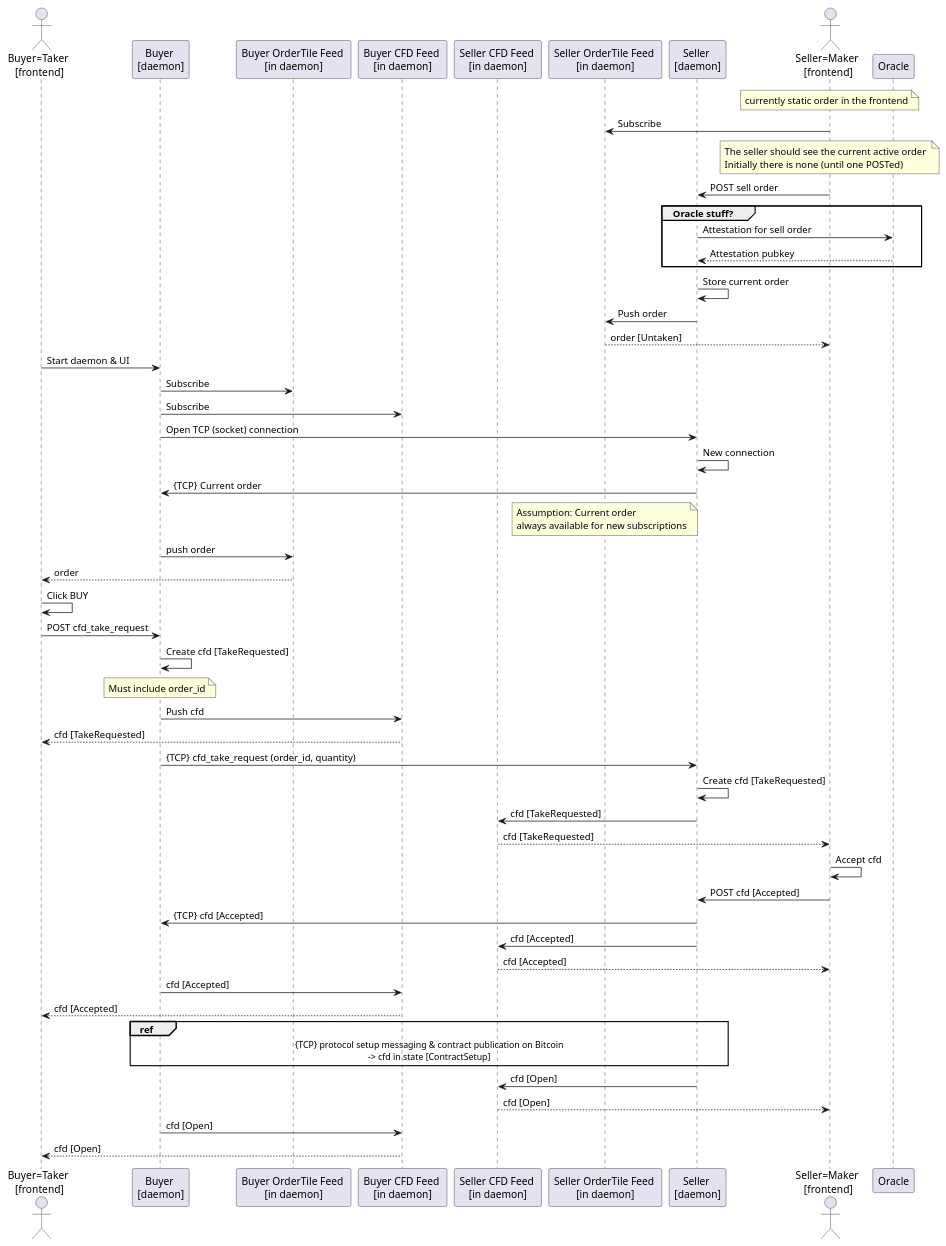
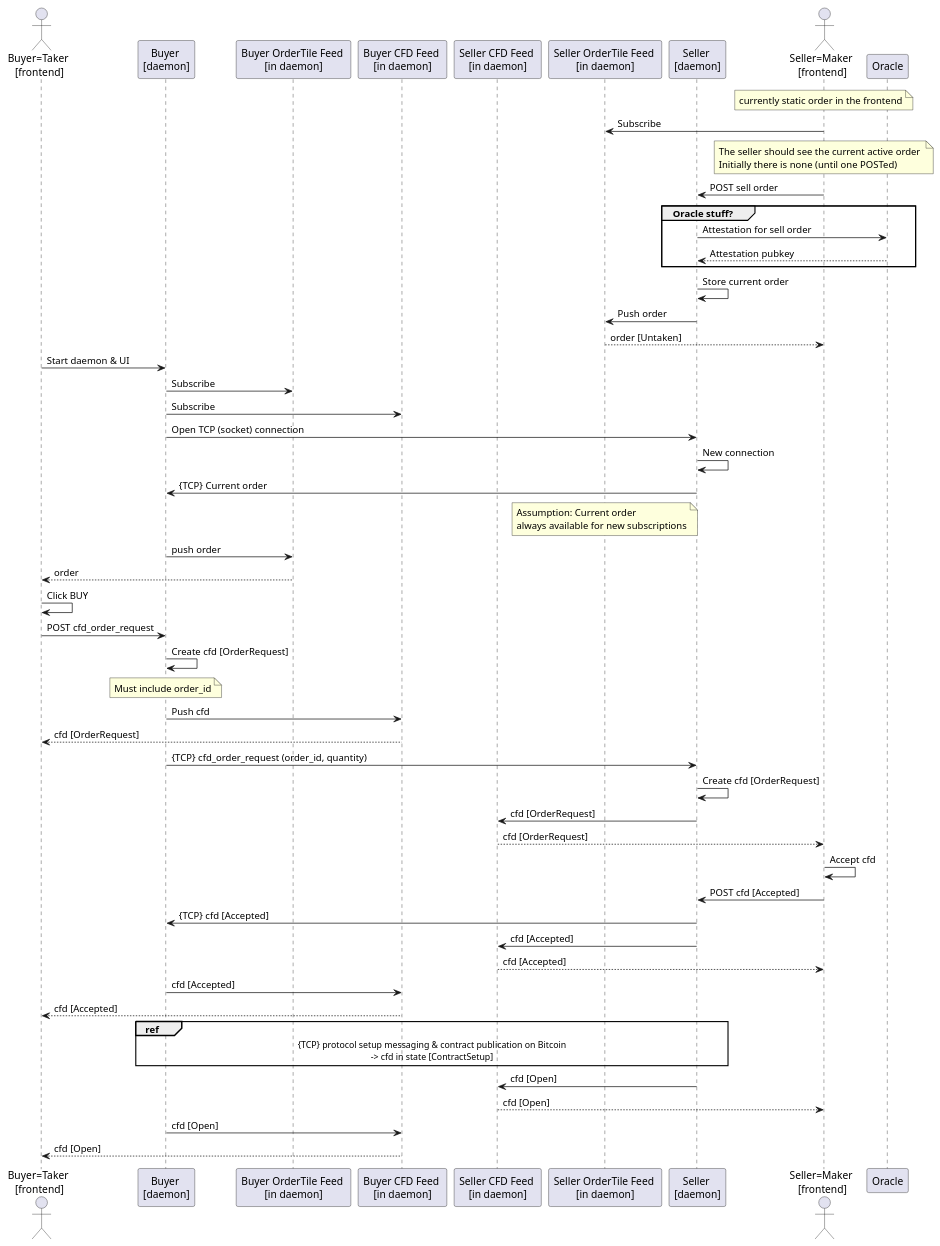
One commit to get10101/itchysats changed the diagram in docs/asset/mvp_maker_taker_messaging.puml. Above: the diagram before and after it, drawn with PlantUML. The commit also changed 6 other files, not shown here.

Commit message:
Rename TakeRequest to Order

```diff
--- a/docs/asset/mvp_maker_taker_messaging.puml
+++ b/docs/asset/mvp_maker_taker_messaging.puml
@@ -1,67 +1,67 @@
 @startuml
 
 actor "Buyer=Taker \n[frontend]" as Buyer
 participant "Buyer \n[daemon]" as BuyerApp
 participant "Buyer OrderTile Feed \n[in daemon]" as BuyerOrderFeed
 participant "Buyer CFD Feed \n[in daemon]" as BuyerCfdFeed
 participant "Seller CFD Feed \n[in daemon]" as SellerCfdFeed
 participant "Seller OrderTile Feed \n[in daemon]" as SellerOrderFeed
 participant "Seller \n[daemon]" as SellerApp
 actor "Seller=Maker \n[frontend]" as Seller
 participant Oracle as Oracle
 
 note over Seller : currently static order in the frontend
 Seller -> SellerOrderFeed: Subscribe
 note over Seller: The seller should see the current active order \nInitially there is none (until one POSTed)
 Seller -> SellerApp: POST sell order
 
 group Oracle stuff?
 SellerApp -> Oracle: Attestation for sell order
 Oracle --> SellerApp: Attestation pubkey
 end group
 
 SellerApp -> SellerApp: Store current order
 SellerApp -> SellerOrderFeed: Push order
 SellerOrderFeed --> Seller: order [Untaken]
 
 Buyer -> BuyerApp: Start daemon & UI
 BuyerApp -> BuyerOrderFeed: Subscribe
 BuyerApp -> BuyerCfdFeed: Subscribe
 BuyerApp -> SellerApp: Open TCP (socket) connection
 SellerApp -> SellerApp: New connection
 SellerApp -> BuyerApp: {TCP} Current order
 
 note over SellerOrderFeed : Assumption: Current order \nalways available for new subscriptions
 BuyerApp -> BuyerOrderFeed: push order
 BuyerOrderFeed --> Buyer: order
 
 Buyer -> Buyer: Click BUY
-Buyer -> BuyerApp: POST cfd_take_request
-BuyerApp -> BuyerApp: Create cfd [TakeRequested]
+Buyer -> BuyerApp: POST cfd_order_request
+BuyerApp -> BuyerApp: Create cfd [OrderRequest]
 note over BuyerApp: Must include order_id
 
 BuyerApp -> BuyerCfdFeed: Push cfd
-BuyerCfdFeed --> Buyer: cfd [TakeRequested]
+BuyerCfdFeed --> Buyer: cfd [OrderRequest]
 
-BuyerApp -> SellerApp: {TCP} cfd_take_request (order_id, quantity)
-SellerApp -> SellerApp: Create cfd [TakeRequested]
-SellerApp -> SellerCfdFeed: cfd [TakeRequested]
-SellerCfdFeed --> Seller: cfd [TakeRequested]
+BuyerApp -> SellerApp: {TCP} cfd_order_request (order_id, quantity)
+SellerApp -> SellerApp: Create cfd [OrderRequest]
+SellerApp -> SellerCfdFeed: cfd [OrderRequest]
+SellerCfdFeed --> Seller: cfd [OrderRequest]
 Seller -> Seller: Accept cfd
 Seller -> SellerApp: POST cfd [Accepted]
 SellerApp -> BuyerApp: {TCP} cfd [Accepted]
 SellerApp -> SellerCfdFeed: cfd [Accepted]
 SellerCfdFeed --> Seller: cfd [Accepted]
 BuyerApp -> BuyerCfdFeed: cfd [Accepted]
 BuyerCfdFeed --> Buyer: cfd [Accepted]
 
 ref over BuyerApp, SellerApp: {TCP} protocol setup messaging & contract publication on Bitcoin\n-> cfd in state [ContractSetup]
 
 SellerApp -> SellerCfdFeed: cfd [Open]
 SellerCfdFeed --> Seller: cfd [Open]
 BuyerApp -> BuyerCfdFeed: cfd [Open]
 BuyerCfdFeed --> Buyer: cfd [Open]
 
 
 
 @enduml
```
